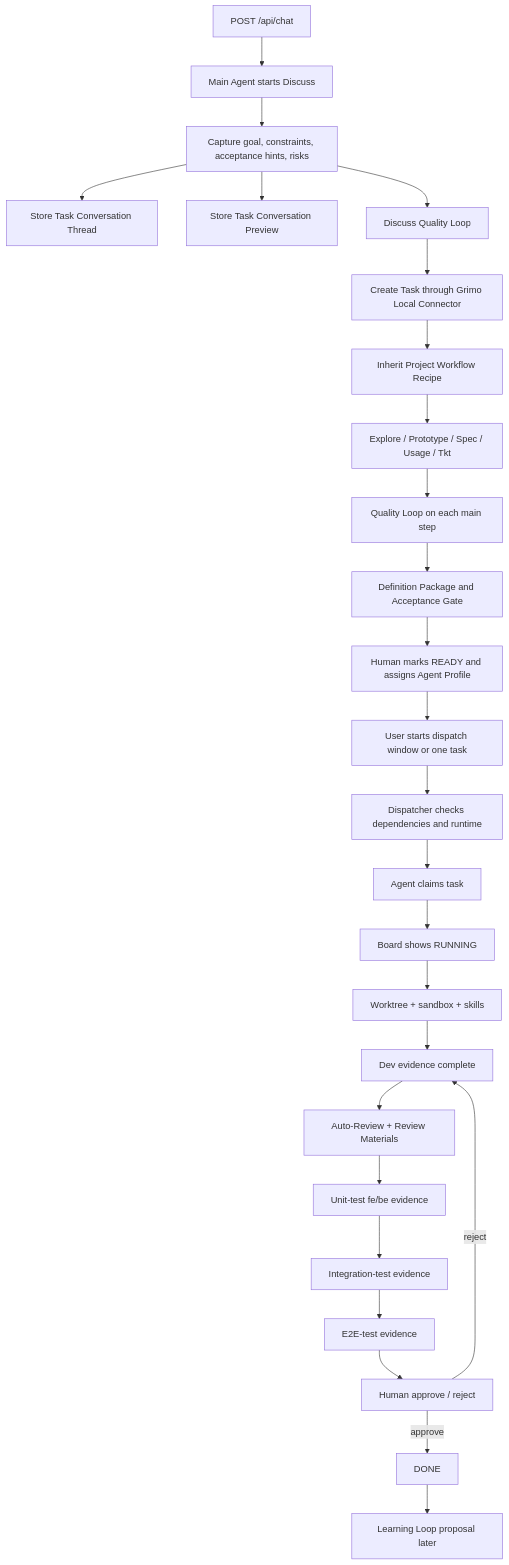
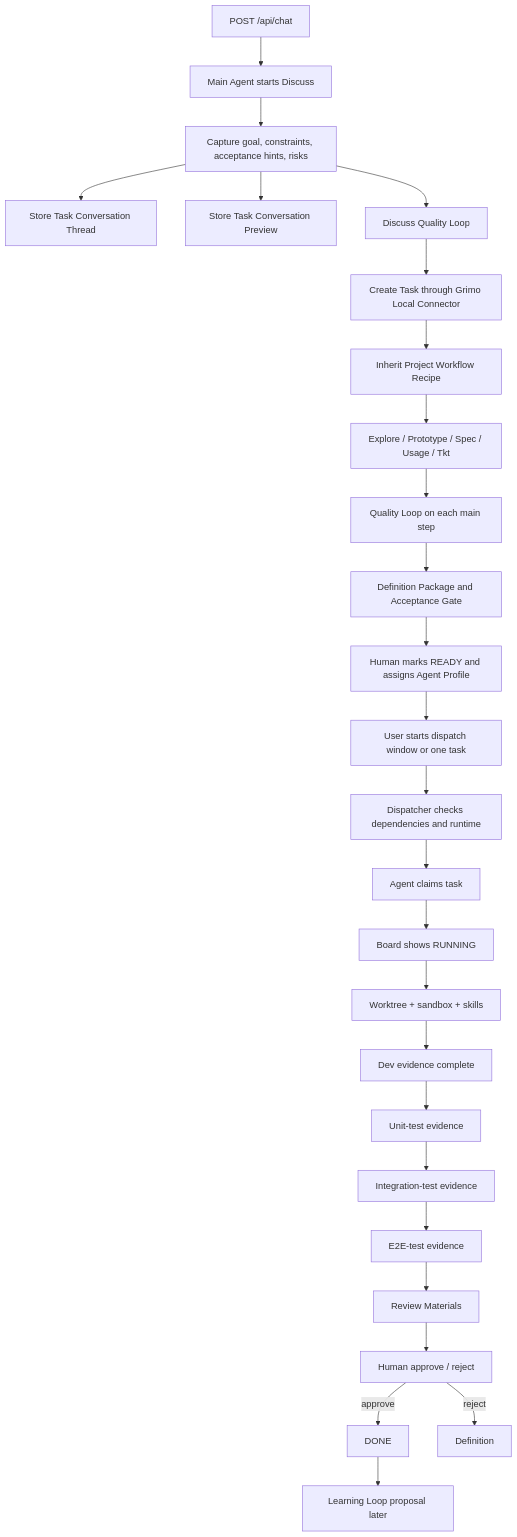
One commit to samzhu/grimoAPP changed diagram 14 of 14 in docs/grimo/PRD.md. Above: the diagram before and after it, drawn with Mermaid. The commit also changed other lines of this file and 30 other files, not shown here.

````diff
--- a/docs/grimo/PRD.md
+++ b/docs/grimo/PRD.md
@@ -849,28 +842,28 @@
 ```mermaid
 flowchart TD
   ChatApi["POST /api/chat"] --> Discuss["Main Agent starts Discuss"]
   Discuss --> Capture["Capture goal, constraints, acceptance hints, risks"]
   Capture --> Thread["Store Task Conversation Thread"]
   Capture --> Preview["Store Task Conversation Preview"]
   Capture --> DiscussQL["Discuss Quality Loop"]
   DiscussQL --> LocalTask["Create Task through Grimo Local Connector"]
   LocalTask --> Recipe["Inherit Project Workflow Recipe"]
   Recipe --> DefinitionSteps["Explore / Prototype / Spec / Usage / Tkt"]
   DefinitionSteps --> DefinitionQL["Quality Loop on each main step"]
   DefinitionQL --> Package["Definition Package and Acceptance Gate"]
   Package --> Ready["Human marks READY and assigns Agent Profile"]
   Ready --> Dispatch["User starts dispatch window or one task"]
   Dispatch --> Preflight["Dispatcher checks dependencies and runtime"]
   Preflight --> Claim["Agent claims task"]
   Claim --> Running["Board shows RUNNING"]
   Running --> Workspace["Worktree + sandbox + skills"]
   Workspace --> Dev["Dev evidence complete"]
-  Dev --> AutoReview["Auto-Review + Review Materials"]
-  AutoReview --> UnitTest["Unit-test fe/be evidence"]
+  Dev --> UnitTest["Unit-test evidence"]
   UnitTest --> IntegrationTest["Integration-test evidence"]
   IntegrationTest --> E2ETest["E2E-test evidence"]
-  E2ETest --> HumanReview["Human approve / reject"]
+  E2ETest --> ReviewMaterials["Review Materials"]
+  ReviewMaterials --> HumanReview["Human approve / reject"]
   HumanReview -- "approve" --> Done["DONE"]
-  HumanReview -- "reject" --> Dev
+  HumanReview -- "reject" --> Definition
   Done --> Learning["Learning Loop proposal later"]
 ```
````
